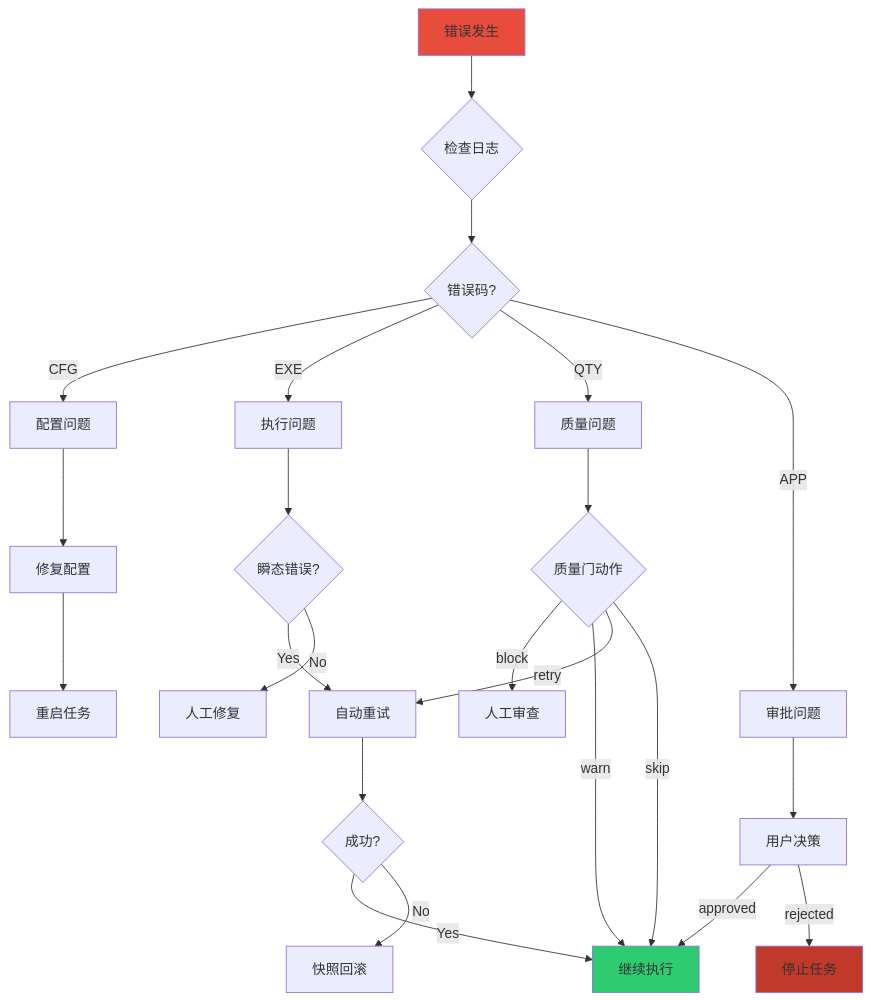
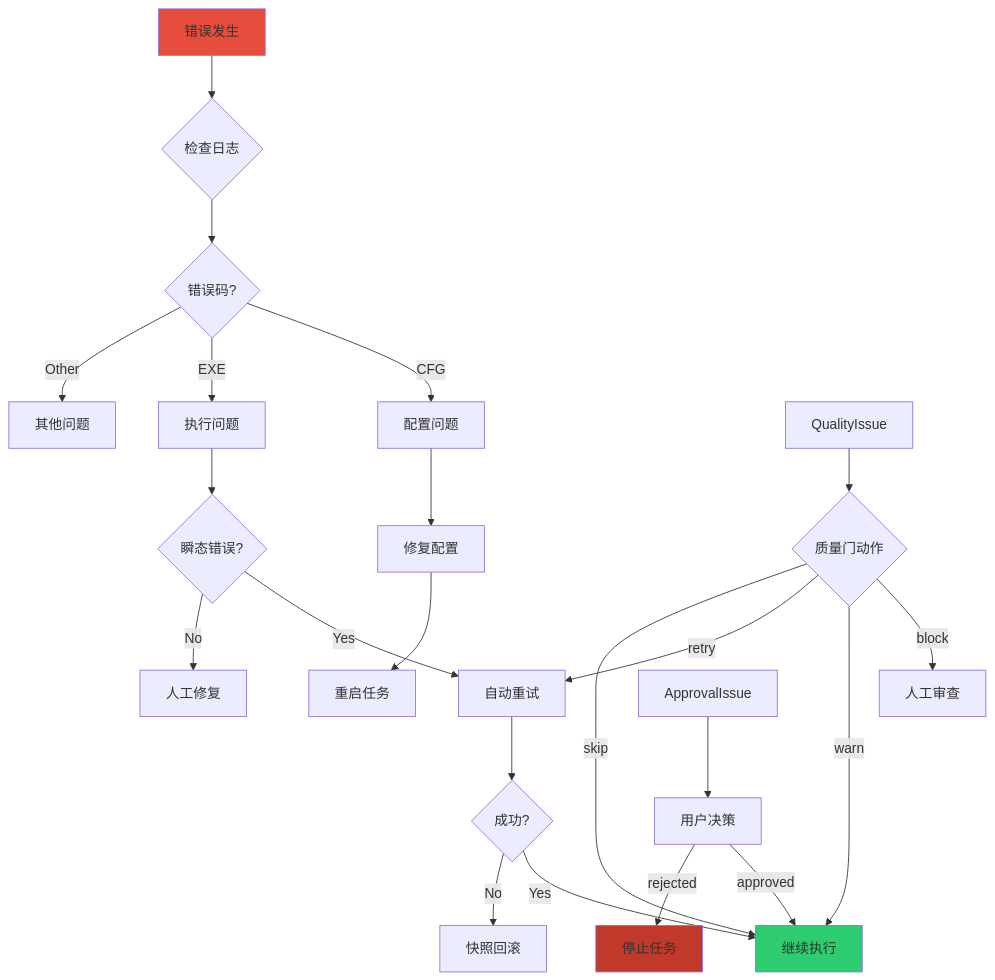
Before and after one commit to yfkzdk/aii-workflow: the diagram in docs/故障排查手册.md, drawn with Mermaid. The commit also changed other lines of this file and 6 other files, not shown here.

````diff
--- a/docs/故障排查手册.md
+++ b/docs/故障排查手册.md
@@ -251,34 +227,33 @@
 ```mermaid
 graph TD
     Error[错误发生] --> CheckLog{检查日志}
     CheckLog --> ErrorCode{错误码?}
 
     ErrorCode -->|CFG| ConfigIssue[配置问题]
     ErrorCode -->|EXE| ExecIssue[执行问题]
-    ErrorCode -->|QTY| QualityIssue[质量问题]
-    ErrorCode -->|APP| ApprovalIssue[审批问题]
+    ErrorCode -->|Other| UnknownIssue[其他问题]
 
     ConfigIssue --> FixConfig[修复配置]
     FixConfig --> Restart[重启任务]
 
     ExecIssue --> Transient{瞬态错误?}
     Transient -->|Yes| AutoRetry[自动重试]
     Transient -->|No| ManualFix[人工修复]
     AutoRetry --> Success{成功?}
     Success -->|Yes| Continue[继续执行]
     Success -->|No| Rollback[快照回滚]
 
     QualityIssue --> GateAction{质量门动作}
     GateAction -->|block| ManualReview[人工审查]
     GateAction -->|warn| Continue
     GateAction -->|retry| AutoRetry
     GateAction -->|skip| Continue
 
     ApprovalIssue --> UserAction[用户决策]
     UserAction -->|approved| Continue
     UserAction -->|rejected| Stop[停止任务]
 
     style Error fill:#E74C3C
     style Continue fill:#2ECC71
     style Stop fill:#C0392B
 ```
````
